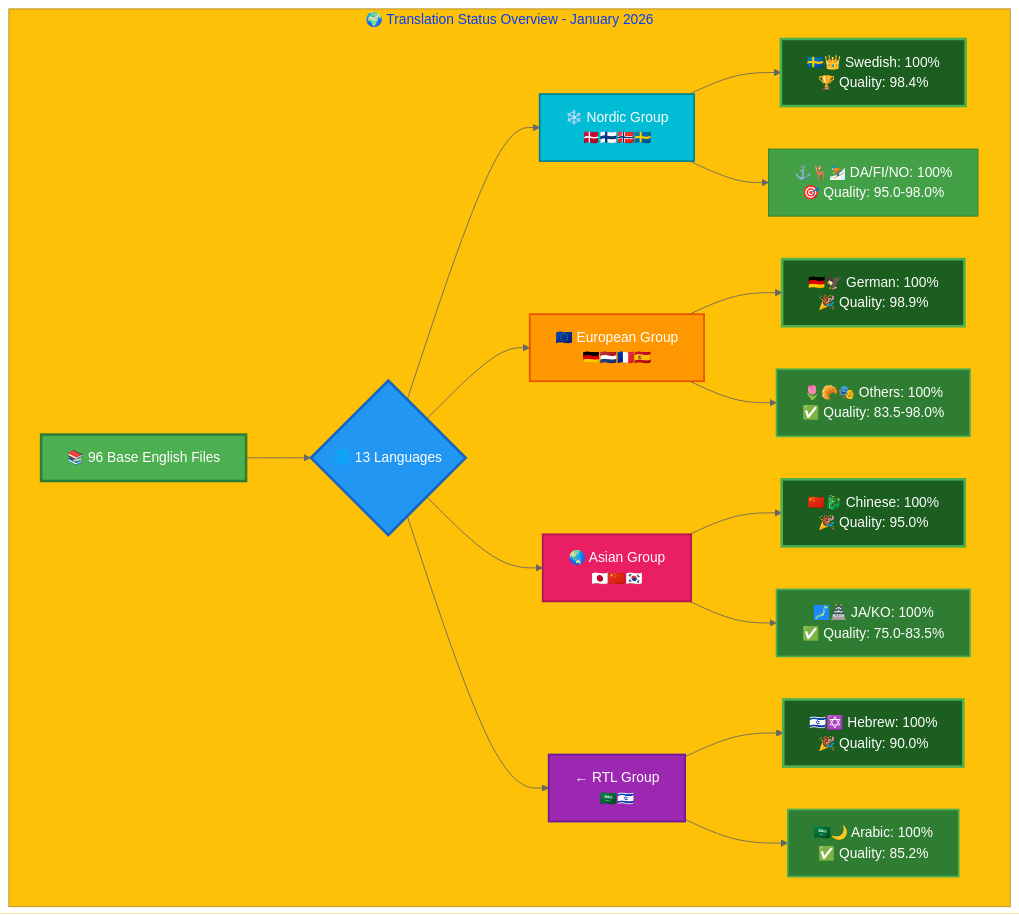
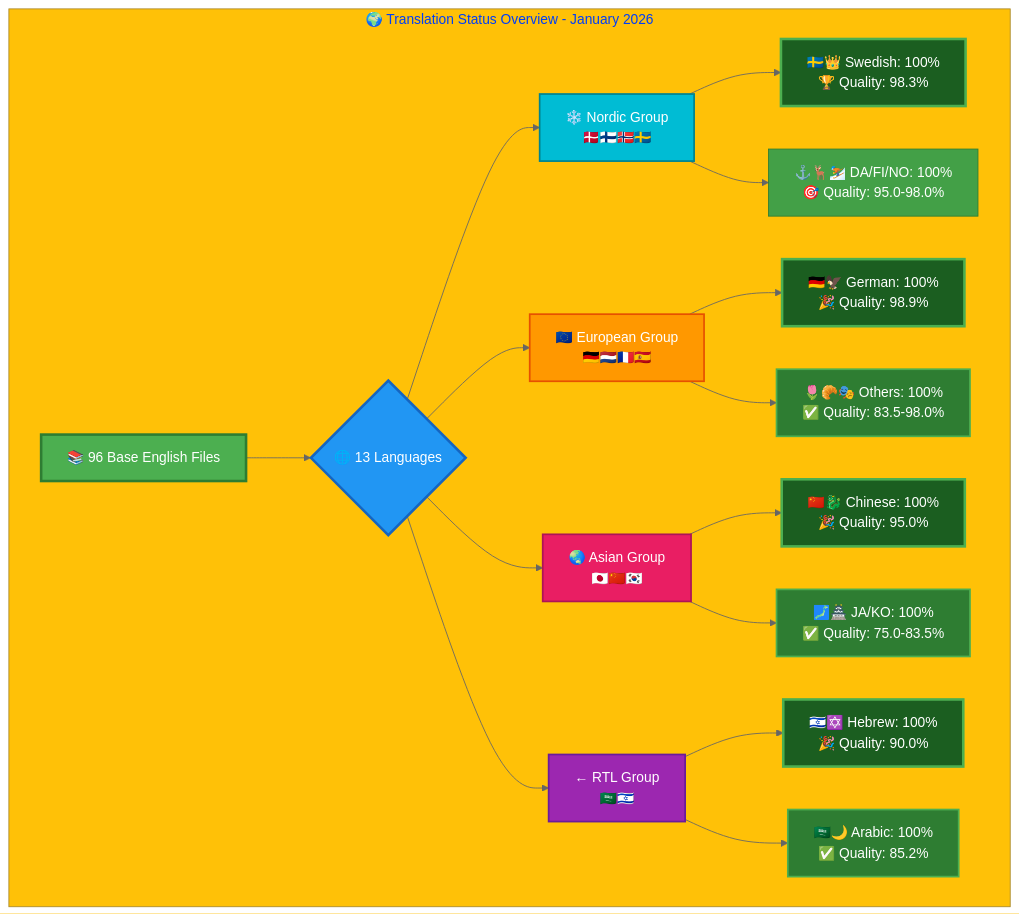
The first of 2 diagrams in TRANSLATION_DOCUMENTATION_README.md (Hack23/homepage), drawn with Mermaid before and after one commit. The commit also changed other lines of this file and 2 other files, not shown here.

Commit message:
Fix review issues: Add complete hreflang tags to breadcrumb-example_sv.html and correct quality scores

````diff
--- a/TRANSLATION_DOCUMENTATION_README.md
+++ b/TRANSLATION_DOCUMENTATION_README.md
@@ -264,38 +264,38 @@
 ```mermaid
 %%{init: {'theme':'base', 'themeVariables': { 'primaryColor':'#4CAF50','primaryTextColor':'#fff','primaryBorderColor':'#2E7D32','lineColor':'#666','secondaryColor':'#2196F3','tertiaryColor':'#FFC107','fontSize':'16px'}}}%%
 graph TB
     subgraph "🌍 Translation Status Overview - January 2026"
         A["📚 96 Base English Files"] --> B{"🌐 13 Languages"}
         B --> C["❄️ Nordic Group<br/>🇩🇰🇫🇮🇳🇴🇸🇪"]
         B --> D["🇪🇺 European Group<br/>🇩🇪🇳🇱🇫🇷🇪🇸"]
         B --> E["🌏 Asian Group<br/>🇯🇵🇨🇳🇰🇷"]
         B --> F["← RTL Group<br/>🇸🇦🇮🇱"]
         
-        C --> C1["🇸🇪👑 Swedish: 100%<br/>🏆 Quality: 98.4%"]
+        C --> C1["🇸🇪👑 Swedish: 100%<br/>🏆 Quality: 98.3%"]
         C --> C2["⚓🦌⛷️ DA/FI/NO: 100%<br/>🎯 Quality: 95.0-98.0%"]
         
         D --> D1["🇩🇪🦅 German: 100%<br/>🎉 Quality: 98.9%"]
         D --> D2["🌷🥐🎭 Others: 100%<br/>✅ Quality: 83.5-98.0%"]
         
         E --> E1["🇨🇳🐉 Chinese: 100%<br/>🎉 Quality: 95.0%"]
         E --> E2["🗾🏯 JA/KO: 100%<br/>✅ Quality: 75.0-83.5%"]
         
         F --> F1["🇮🇱✡️ Hebrew: 100%<br/>🎉 Quality: 90.0%"]
         F --> F2["🇸🇦🌙 Arabic: 100%<br/>✅ Quality: 85.2%"]
         
         style A fill:#4CAF50,stroke:#2E7D32,color:#fff,stroke-width:3px
         style B fill:#2196F3,stroke:#1565C0,color:#fff,stroke-width:3px
         style C fill:#00BCD4,stroke:#00838F,color:#fff,stroke-width:2px
         style D fill:#FF9800,stroke:#E65100,color:#fff,stroke-width:2px
         style E fill:#E91E63,stroke:#AD1457,color:#fff,stroke-width:2px
         style F fill:#9C27B0,stroke:#6A1B9A,color:#fff,stroke-width:2px
         style C1 fill:#1B5E20,stroke:#4CAF50,color:#fff,stroke-width:3px
         style C2 fill:#43A047,stroke:#2E7D32,color:#fff
         style D1 fill:#1B5E20,stroke:#4CAF50,color:#fff,stroke-width:3px
         style D2 fill:#2E7D32,stroke:#4CAF50,color:#fff,stroke-width:2px
         style E1 fill:#1B5E20,stroke:#4CAF50,color:#fff,stroke-width:3px
         style E2 fill:#2E7D32,stroke:#4CAF50,color:#fff,stroke-width:2px
         style F1 fill:#1B5E20,stroke:#4CAF50,color:#fff,stroke-width:3px
         style F2 fill:#2E7D32,stroke:#4CAF50,color:#fff,stroke-width:2px
     end
 ```
````
